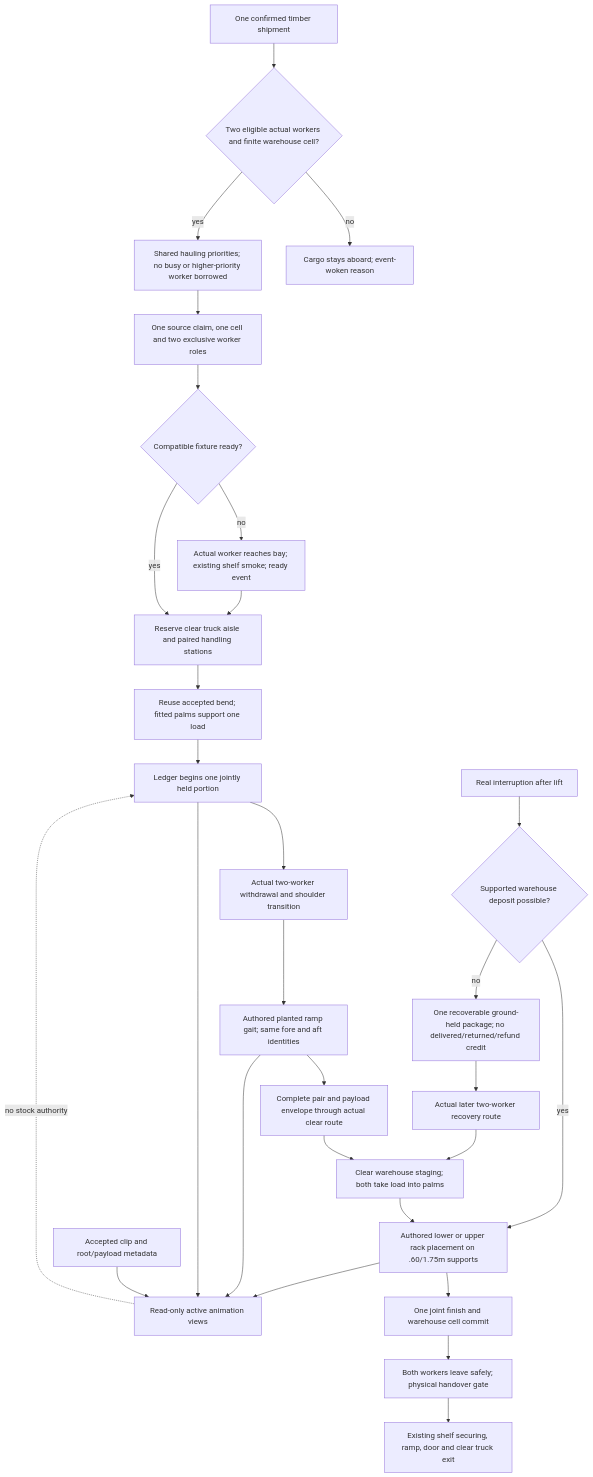
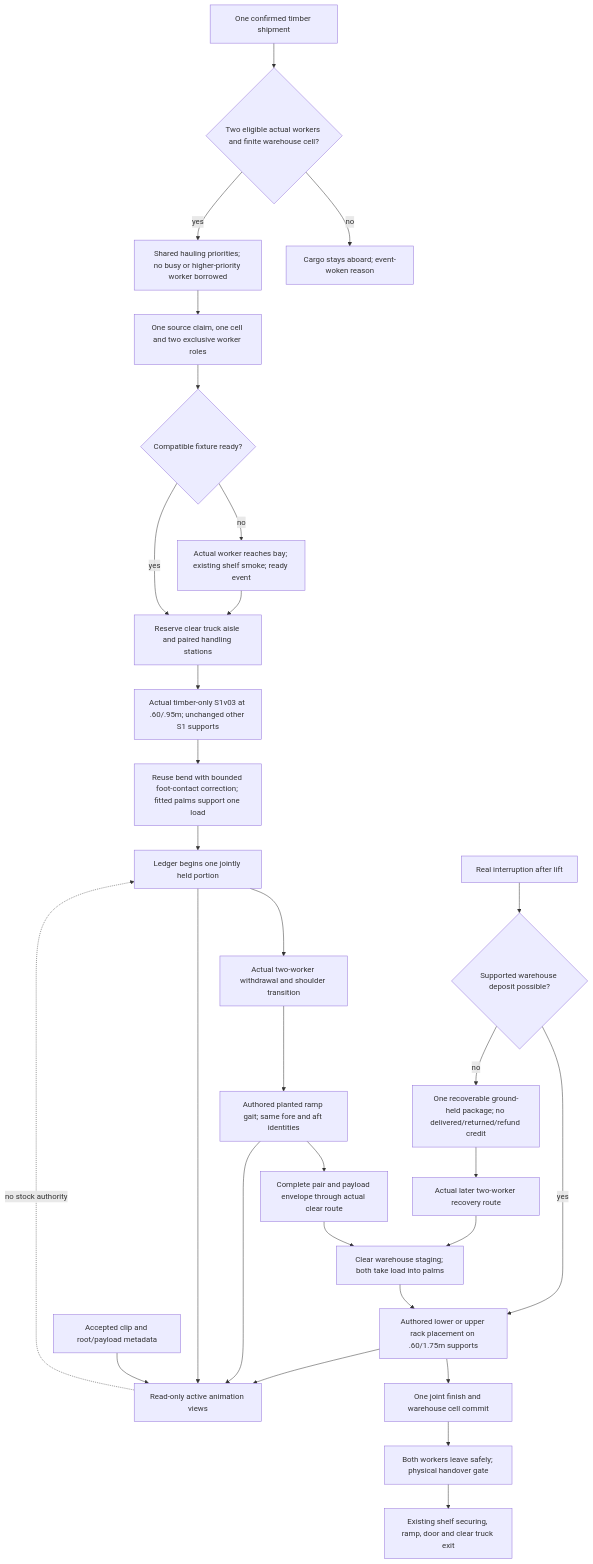
The diagram in docs/diagrams/paired_timber_delivery.mmd (TheInfinityIQ/Trencho_V4), drawn with Mermaid before and after one commit. The commit also changed 16 other files, not shown here.

Commit message:
Connect timber-only truck rack and actual support heights

```diff
--- a/docs/diagrams/paired_timber_delivery.mmd
+++ b/docs/diagrams/paired_timber_delivery.mmd
@@ -1,29 +1,30 @@
 flowchart TD
   Order[One confirmed timber shipment] --> Ready{Two eligible actual workers and finite warehouse cell?}
   Ready -->|no| Hold[Cargo stays aboard; event-woken reason]
   Ready -->|yes| Priority[Shared hauling priorities; no busy or higher-priority worker borrowed]
   Priority --> Reserve[One source claim, one cell and two exclusive worker roles]
   Reserve --> Fixture{Compatible fixture ready?}
   Fixture -->|no| Prepare[Actual worker reaches bay; existing shelf smoke; ready event]
   Prepare --> Access
   Fixture -->|yes| Access[Reserve clear truck aisle and paired handling stations]
-  Access --> Pickup[Reuse accepted bend; fitted palms support one load]
+  Access --> Rack[Actual timber-only S1v03 at .60/.95m; unchanged other S1 supports]
+  Rack --> Pickup[Reuse bend with bounded foot-contact correction; fitted palms support one load]
   Pickup --> Joint[Ledger begins one jointly held portion]
   Joint --> Withdraw[Actual two-worker withdrawal and shoulder transition]
   Withdraw --> Ramp[Authored planted ramp gait; same fore and aft identities]
   Ramp --> Route[Complete pair and payload envelope through actual clear route]
   Route --> Stage[Clear warehouse staging; both take load into palms]
   Stage --> Place[Authored lower or upper rack placement on .60/1.75m supports]
   Place --> Commit[One joint finish and warehouse cell commit]
   Commit --> Release[Both workers leave safely; physical handover gate]
   Release --> Depart[Existing shelf securing, ramp, door and clear truck exit]
   Pose[Accepted clip and root/payload metadata] --> View[Read-only active animation views]
   Joint --> View
   Ramp --> View
   Place --> View
   View -. no stock authority .-> Joint
   Interrupted[Real interruption after lift] --> Safe{Supported warehouse deposit possible?}
   Safe -->|yes| Place
   Safe -->|no| Ground[One recoverable ground-held package; no delivered/returned/refund credit]
   Ground --> Recover[Actual later two-worker recovery route]
   Recover --> Stage
```
